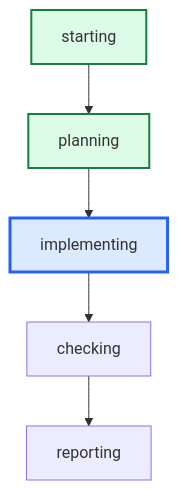
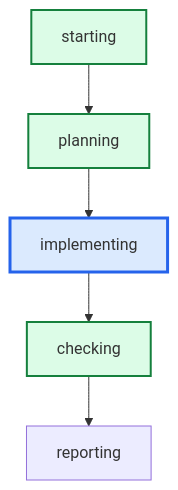
Before and after one commit to daniell0gda/hermes-feature-check-dashboard: the diagram in latest/graph.mmd, drawn with Mermaid. The commit also changed 37 other files, not shown here.

```diff
--- a/latest/graph.mmd
+++ b/latest/graph.mmd
@@ -1,12 +1,13 @@
 graph TD
     starting --> planning
     planning --> implementing
     implementing --> checking
     checking --> reporting
 
 classDef done fill:#dcfce7,stroke:#15803d,stroke-width:2px;
 classDef active fill:#dbeafe,stroke:#2563eb,stroke-width:3px;
 classDef failed fill:#fee2e2,stroke:#b42318,stroke-width:2px;
 class implementing active;
+class checking done;
 class starting done;
 class planning done;
```
